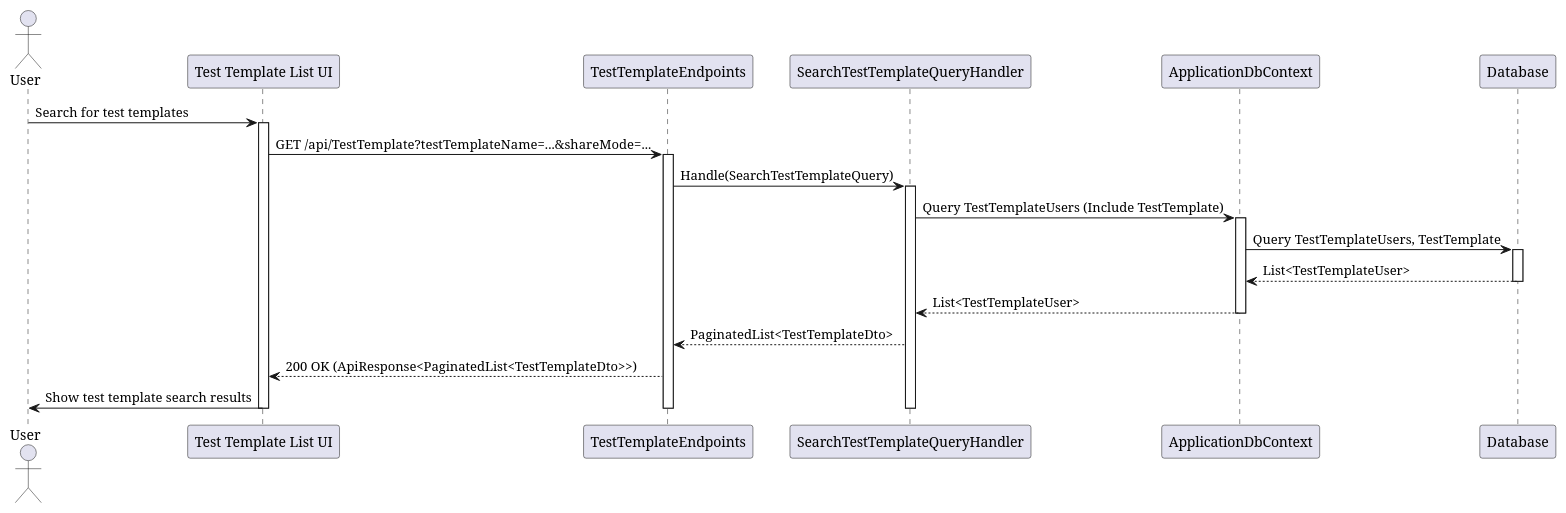
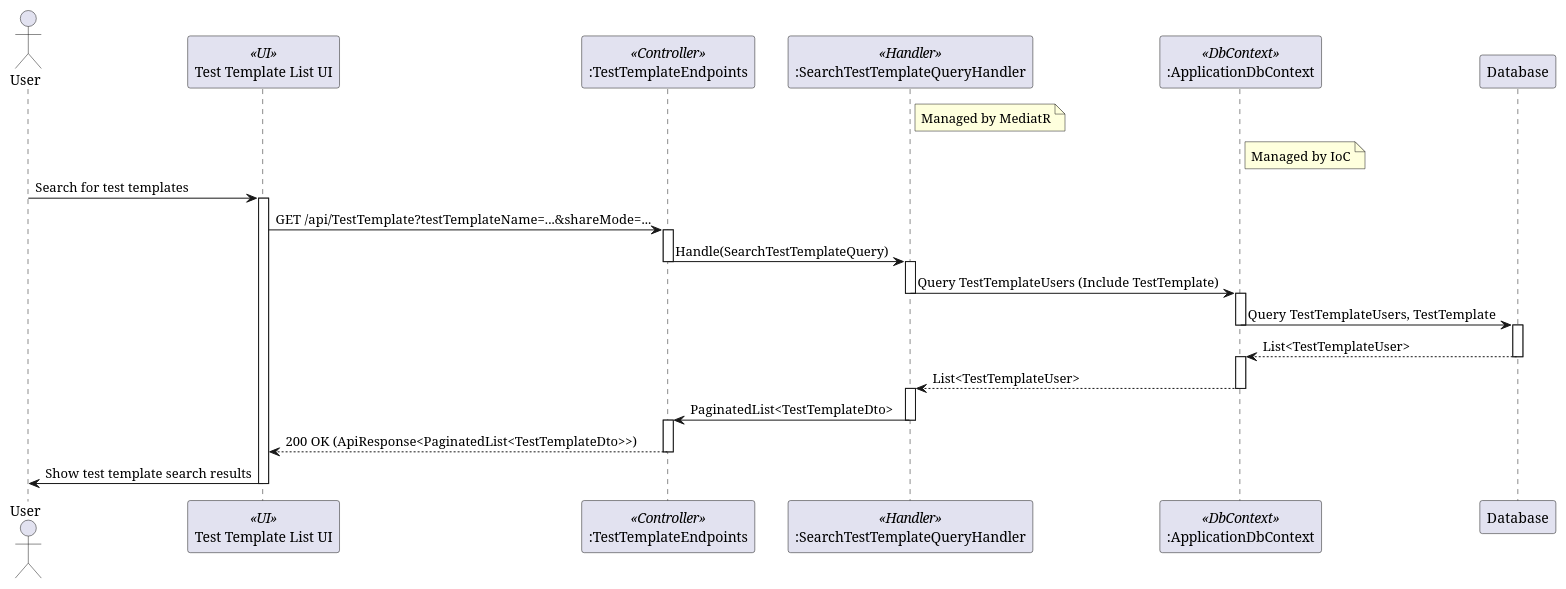
Before and after one commit to thanhkhac/SEP_Diagram: the diagram in TestTemplates/Sequence/SearchTestTemplateQuery.puml, drawn with PlantUML. The commit also changed 23 other files, not shown here.

Commit message:
Enhance sequence diagrams for QuestionSet and TestTemplate

```diff
--- a/TestTemplates/Sequence/SearchTestTemplateQuery.puml
+++ b/TestTemplates/Sequence/SearchTestTemplateQuery.puml
@@ -1,29 +1,44 @@
 @startuml
 actor User
-participant "Test Template List UI" as UI
-participant TestTemplateEndpoints
-participant SearchTestTemplateQueryHandler as Handler
-participant ApplicationDbContext
+participant "Test Template List UI" as UI <<UI>>
+participant ":TestTemplateEndpoints" as TestTemplateEndpoints <<Controller>>
+participant ":SearchTestTemplateQueryHandler" as SearchTestTemplateQueryHandler <<Handler>>
+participant ":ApplicationDbContext" as ApplicationDbContext <<DbContext>>
 participant Database
+
+note right of SearchTestTemplateQueryHandler
+  Managed by MediatR
+end note
+
+note right of ApplicationDbContext
+  Managed by IoC
+end note
 
 User -> UI : Search for test templates
 activate UI
 UI -> TestTemplateEndpoints : GET /api/TestTemplate?testTemplateName=...&shareMode=...
 activate TestTemplateEndpoints
-TestTemplateEndpoints -> Handler : Handle(SearchTestTemplateQuery)
-activate Handler
-Handler -> ApplicationDbContext : Query TestTemplateUsers (Include TestTemplate)
+TestTemplateEndpoints -> SearchTestTemplateQueryHandler : Handle(SearchTestTemplateQuery)
+deactivate TestTemplateEndpoints
+activate SearchTestTemplateQueryHandler
+SearchTestTemplateQueryHandler -> ApplicationDbContext : Query TestTemplateUsers (Include TestTemplate)
+deactivate SearchTestTemplateQueryHandler
 activate ApplicationDbContext
 ApplicationDbContext -> Database : Query TestTemplateUsers, TestTemplate
+deactivate ApplicationDbContext
 activate Database
 Database --> ApplicationDbContext : List<TestTemplateUser>
 deactivate Database
-ApplicationDbContext --> Handler : List<TestTemplateUser>
+activate ApplicationDbContext
+ApplicationDbContext --> SearchTestTemplateQueryHandler : List<TestTemplateUser>
 deactivate ApplicationDbContext
-Handler --> TestTemplateEndpoints : PaginatedList<TestTemplateDto>
+activate SearchTestTemplateQueryHandler
+SearchTestTemplateQueryHandler -> TestTemplateEndpoints : PaginatedList<TestTemplateDto>
+deactivate SearchTestTemplateQueryHandler
+activate TestTemplateEndpoints
 TestTemplateEndpoints --> UI : 200 OK (ApiResponse<PaginatedList<TestTemplateDto>>)
+deactivate TestTemplateEndpoints
 UI -> User : Show test template search results
-deactivate Handler
-deactivate TestTemplateEndpoints
 deactivate UI
+
 @enduml
```
